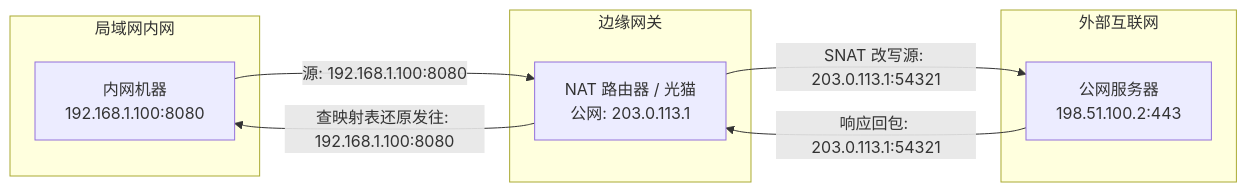
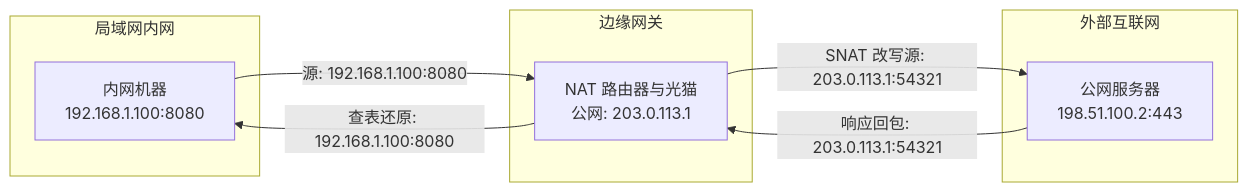
The first of 4 diagrams in content/posts/2026-11-04-nat-traversal-frp-guide.md (leafcxy/leafcxy.github.io), drawn with Mermaid before and after one commit. The commit also changed other lines of this file and 2 other files, not shown here.

Commit message:
fix: 彻底修复三篇文章中所有 mermaid 图表的 subgraph ID 与节点引号转义问题

````diff
--- a/content/posts/2026-11-04-nat-traversal-frp-guide.md
+++ b/content/posts/2026-11-04-nat-traversal-frp-guide.md
@@ -25,17 +25,17 @@
 ```mermaid
 flowchart LR
-    subgraph 局域网内网
+    subgraph sg_lan ["局域网内网"]
         Client["内网机器<br/>192.168.1.100:8080"]
     end
-    subgraph 边缘网关
-        Router["NAT 路由器 / 光猫<br/>公网: 203.0.113.1"]
+    subgraph sg_gw ["边缘网关"]
+        Router["NAT 路由器与光猫<br/>公网: 203.0.113.1"]
     end
-    subgraph 外部互联网
+    subgraph sg_wan ["外部互联网"]
         Server["公网服务器<br/>198.51.100.2:443"]
     end
 
-    Client -->|源: 192.168.1.100:8080| Router
-    Router -->|SNAT 改写源: 203.0.113.1:54321| Server
-    Server -->|响应回包: 203.0.113.1:54321| Router
-    Router -->|查映射表还原发往: 192.168.1.100:8080| Client
+    Client -->|"源: 192.168.1.100:8080"| Router
+    Router -->|"SNAT 改写源: 203.0.113.1:54321"| Server
+    Server -->|"响应回包: 203.0.113.1:54321"| Router
+    Router -->|"查表还原: 192.168.1.100:8080"| Client
 ```
````
